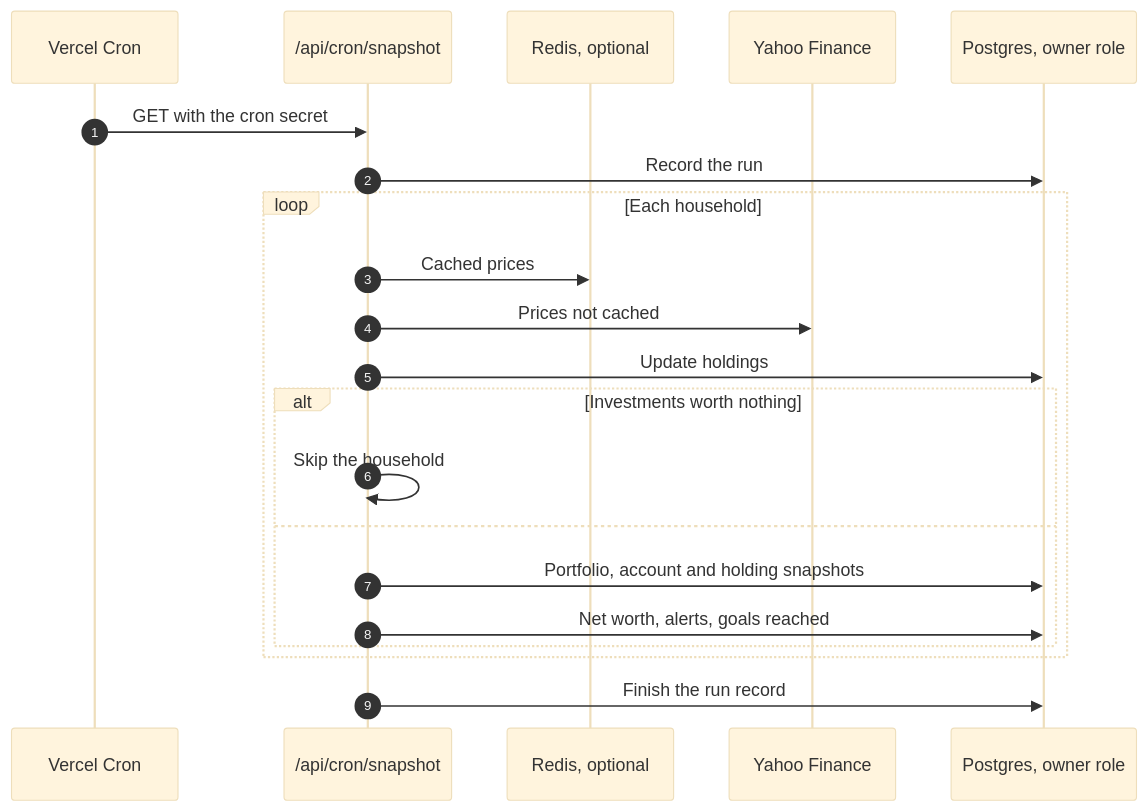
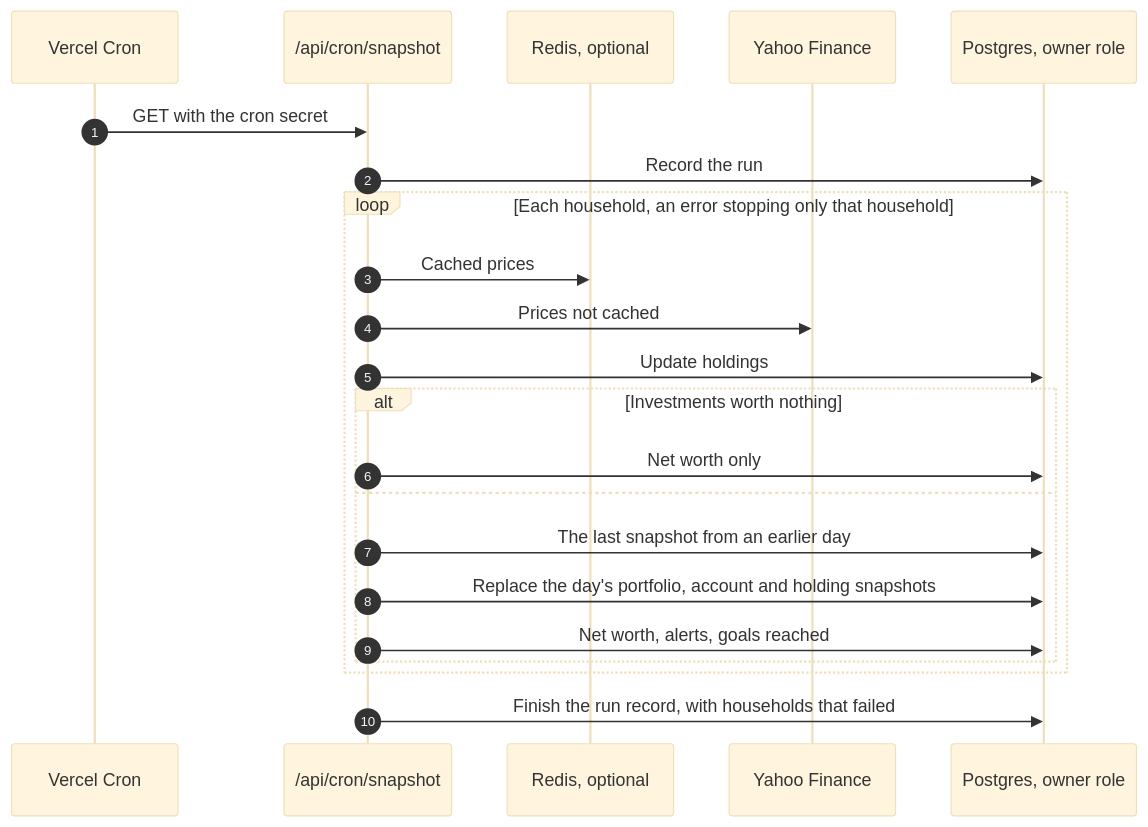
The fifth of 10 diagrams in docs/ARCHITECTURE.md (mronan83/RetireWise), drawn with Mermaid (base theme) before and after one commit. The commit also changed other lines of this file and 19 other files, not shown here.

````diff
--- a/docs/ARCHITECTURE.md
+++ b/docs/ARCHITECTURE.md
@@ -324,23 +324,24 @@
 ```mermaid
 sequenceDiagram
   autonumber
   participant C as Vercel Cron
   participant S as /api/cron/snapshot
   participant RD as Redis, optional
   participant YF as Yahoo Finance
   participant DB as Postgres, owner role
   C->>S: GET with the cron secret
   S->>DB: Record the run
-  loop Each household
+  loop Each household, an error stopping only that household
     S->>RD: Cached prices
     S->>YF: Prices not cached
     S->>DB: Update holdings
     alt Investments worth nothing
-      S->>S: Skip the household
+      S->>DB: Net worth only
     else
-      S->>DB: Portfolio, account and holding snapshots
+      S->>DB: The last snapshot from an earlier day
+      S->>DB: Replace the day's portfolio, account and holding snapshots
       S->>DB: Net worth, alerts, goals reached
     end
   end
-  S->>DB: Finish the run record
+  S->>DB: Finish the run record, with households that failed
 ```
````
